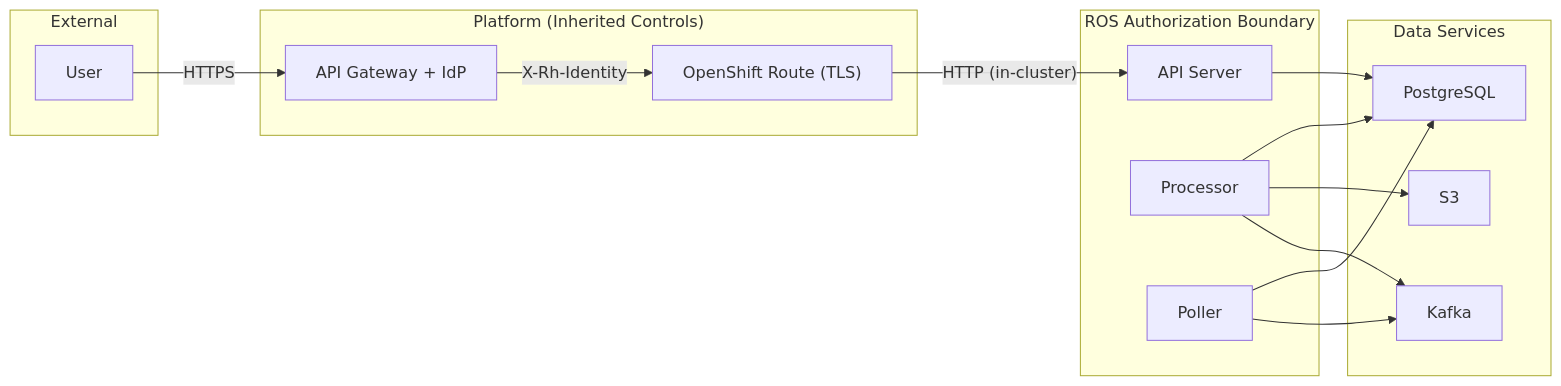
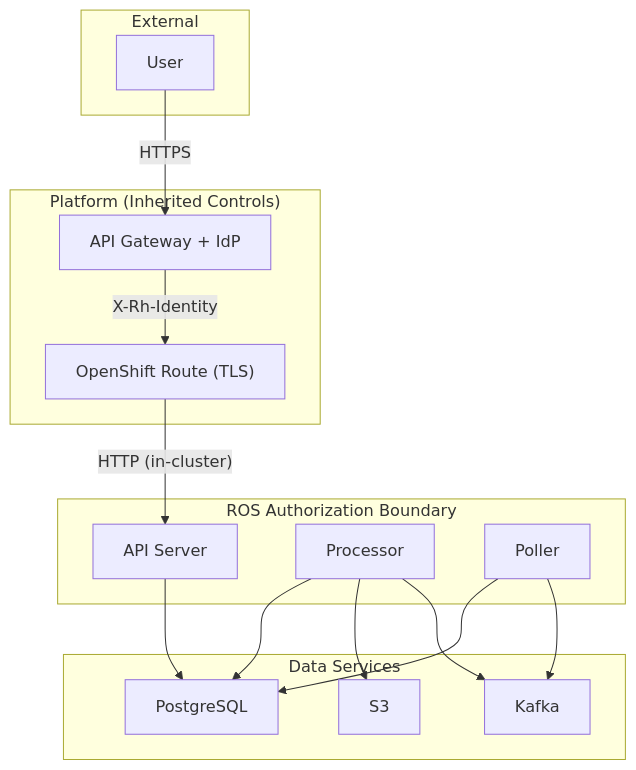
The second of 2 diagrams in docs-site/security/index.md (pgarciaq/ros-ocp-backend), drawn with Mermaid before and after one commit.

Commit message:
Fix horizontal flowchart to vertical for readability
Change boundary diagram from flowchart LR (left-right) to flowchart TB
(top-bottom) so it renders well in narrow viewports.

````diff
--- a/docs-site/security/index.md
+++ b/docs-site/security/index.md
@@ -48,33 +48,33 @@
 ```mermaid
-flowchart LR
+flowchart TB
     subgraph external["External"]
         user["User"]
     end
 
     subgraph platform["Platform (Inherited Controls)"]
         gw["API Gateway + IdP"]
         route["OpenShift Route (TLS)"]
     end
 
     subgraph ros["ROS Authorization Boundary"]
         api["API Server"]
         proc["Processor"]
         poll["Poller"]
     end
 
     subgraph data["Data Services"]
         pg["PostgreSQL"]
         kafka["Kafka"]
         s3["S3"]
     end
 
     user -->|"HTTPS"| gw
     gw -->|"X-Rh-Identity"| route
     route -->|"HTTP (in-cluster)"| api
     api --> pg
     proc --> kafka
     proc --> s3
     proc --> pg
     poll --> kafka
     poll --> pg
 ```
````
